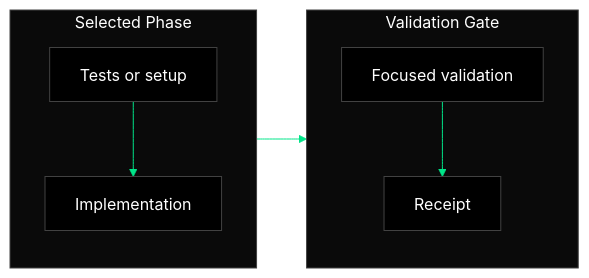
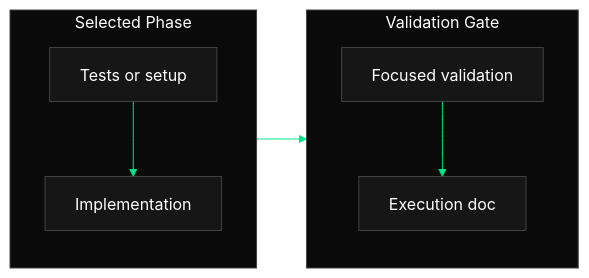
Before and after one commit to awasali14/spec-kit-phase-orchestrator: the diagram in references/mermaid-style.md, drawn with Mermaid. The commit also changed other lines of this file and 14 other files, not shown here.

First line of the commit message:
feat(orchestrator): require styled phase diagrams

````diff
--- a/references/mermaid-style.md
+++ b/references/mermaid-style.md
@@ -29,22 +30,22 @@
 ```mermaid
 flowchart LR
   classDef outer fill:#0A0A0A,stroke:#424242,color:#ffffff
   classDef inner fill:#1E1E1E,stroke:#424242,color:#ffffff
-  classDef node fill:#000000,stroke:#424242,color:#ffffff
+  classDef node fill:#161616,stroke:#424242,color:#ffffff
   linkStyle default stroke:#00E589,color:#00E589
 
   subgraph Phase["Selected Phase"]
     direction TB
     A["Tests or setup"]:::node
     B["Implementation"]:::node
   end
 
   subgraph Gate["Validation Gate"]
     direction TB
     C["Focused validation"]:::node
-    D["Receipt"]:::node
+    D["Execution doc"]:::node
   end
 
   A --> B --> C --> D
   class Phase,Gate outer
 ```
````
